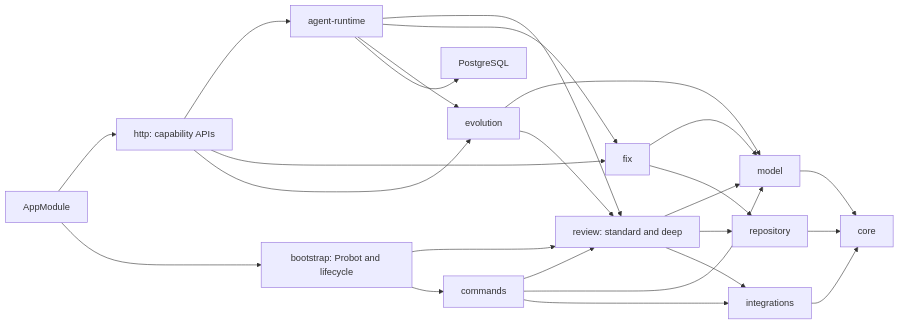
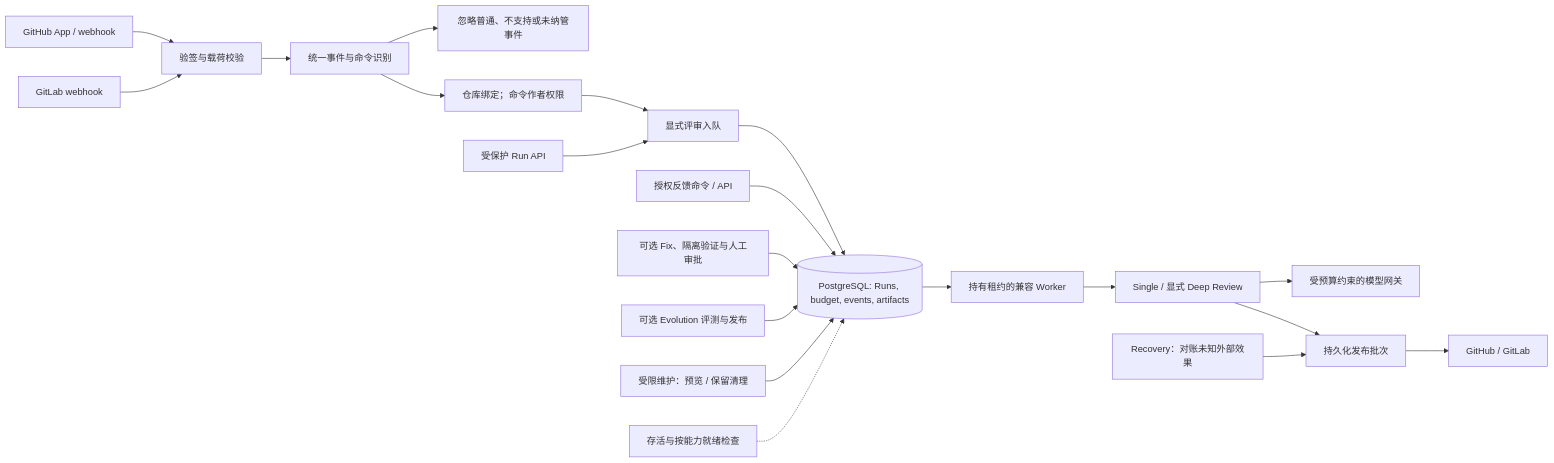
The second of 5 diagrams in README-zh.md (condevtools/pr-agent), drawn with Mermaid before and after one commit. The commit also changed other lines of this file and 57 other files, not shown here.

Commit message:
refactor(review): remove legacy paths and finalize runtime boundaries

````diff
--- a/README-zh.md
+++ b/README-zh.md
@@ -183,27 +118,22 @@
 ```mermaid
-graph LR
-    APP[AppModule] --> HTTP[http: capability APIs]
-    APP --> BOOT[bootstrap: Probot and lifecycle]
-    HTTP --> RUN[agent-runtime]
-    HTTP --> FIX[fix]
-    HTTP --> EVO[evolution]
-    BOOT --> REV[review: standard and deep]
-    BOOT --> CMD[commands]
-    RUN --> REV
-    RUN --> FIX
-    RUN --> EVO
-    RUN --> PG[PostgreSQL]
-    REV --> MODEL[model]
-    REV --> REPO[repository]
-    REV --> INT[integrations]
-    CMD --> REV
-    CMD --> MODEL
-    CMD --> INT
-    FIX --> MODEL
-    FIX --> REPO
-    EVO --> MODEL
-    EVO --> REV
-    MODEL --> CORE[core]
-    REPO --> CORE
-    INT --> CORE
+flowchart LR
+    GH[GitHub App / webhook] --> SIGN[验签与载荷校验]
+    GL[GitLab webhook] --> SIGN
+    SIGN --> ROUTE[统一事件与命令识别]
+    ROUTE --> IGNORE[忽略普通、不支持或未纳管事件]
+    ROUTE --> AUTH[仓库绑定；命令作者权限]
+    AUTH --> ENQUEUE[显式评审入队]
+    API[受保护 Run API] --> ENQUEUE
+    ENQUEUE --> PG[(PostgreSQL: Runs, budget, events, artifacts)]
+    PG --> WORKER[持有租约的兼容 Worker]
+    WORKER --> REVIEW[Single / 显式 Deep Review]
+    REVIEW --> MODEL[受预算约束的模型网关]
+    REVIEW --> PUB[持久化发布批次]
+    PUB --> PROVIDER[GitHub / GitLab]
+    RECOVERY[Recovery：对账未知外部效果] --> PUB
+    FEEDBACK[授权反馈命令 / API] --> PG
+    FIX[可选 Fix、隔离验证与人工审批] --> PG
+    EVOLUTION[可选 Evolution 评测与发布] --> PG
+    MAINT[受限维护：预览 / 保留清理] --> PG
+    HEALTH[存活与按能力就绪检查] -.-> PG
 ```
````
